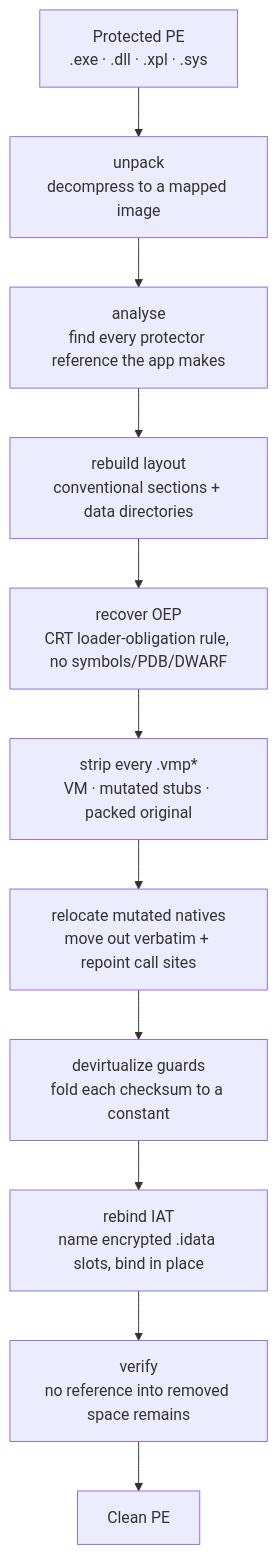
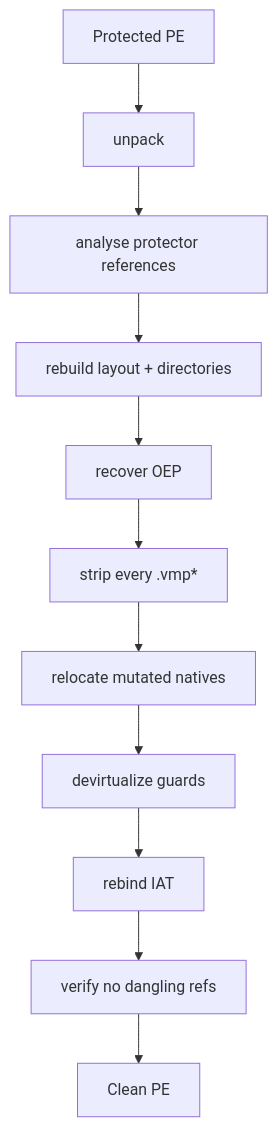
Before and after one commit to Vihaan2012-cmyk/vmpx-expanded: the diagram in README.md, drawn with Mermaid. The commit also changed other lines of this file, not shown here.

Commit message:
README: trim the intro and clean up the flow graph
Shorten the fork description to two sentences, and replace the subtitled
eleven-node flowchart with a clean single-label one. Drop the duplicate command
block and settings prose from "What it does" (Quick start already shows them).

````diff
--- a/README.md
+++ b/README.md
@@ -64,13 +55,13 @@
 ```mermaid
 flowchart TD
-    A["Protected PE<br/>.exe · .dll · .xpl · .sys"] --> B["unpack<br/>decompress to a mapped image"]
-    B --> C["analyse<br/>find every protector reference the app makes"]
-    C --> D["rebuild layout<br/>conventional sections + data directories"]
-    D --> E["recover OEP<br/>CRT loader-obligation rule, no symbols/PDB/DWARF"]
-    E --> F["strip every .vmp*<br/>VM · mutated stubs · packed original"]
-    F --> G["relocate mutated natives<br/>move out verbatim + repoint call sites"]
-    G --> H["devirtualize guards<br/>fold each checksum to a constant"]
-    H --> I["rebind IAT<br/>name encrypted .idata slots, bind in place"]
-    I --> J["verify<br/>no reference into removed space remains"]
-    J --> K["Clean PE"]
+    A[Protected PE] --> B[unpack]
+    B --> C[analyse protector references]
+    C --> D[rebuild layout + directories]
+    D --> E[recover OEP]
+    E --> F[strip every .vmp*]
+    F --> G[relocate mutated natives]
+    G --> H[devirtualize guards]
+    H --> I[rebind IAT]
+    I --> J[verify no dangling refs]
+    J --> K[Clean PE]
 ```
````
